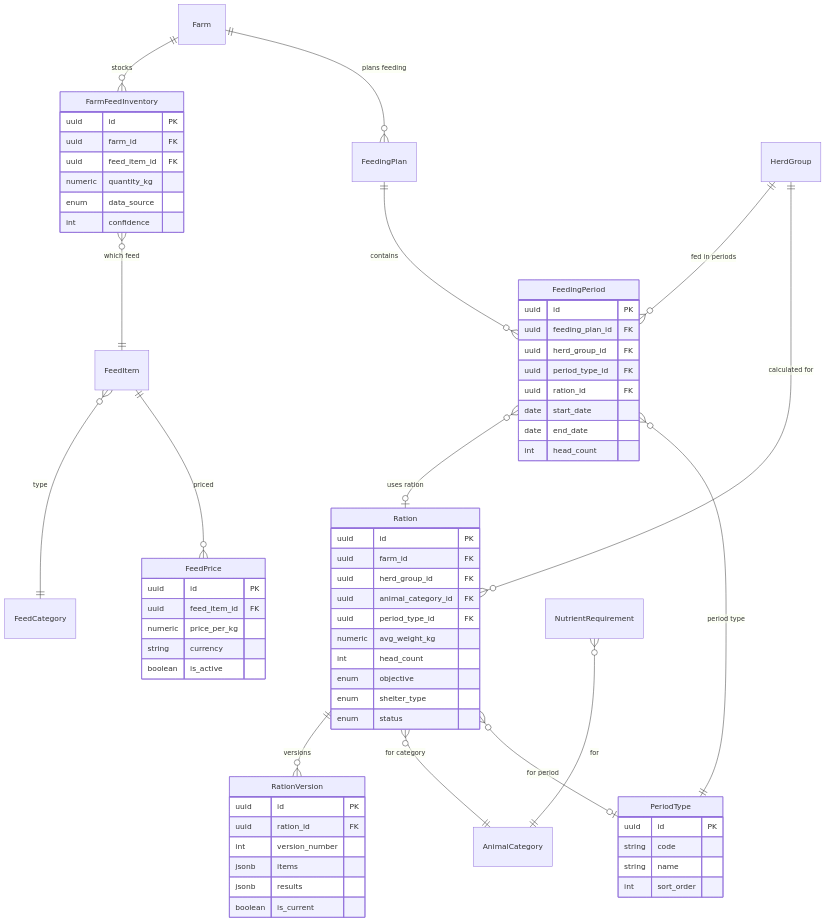
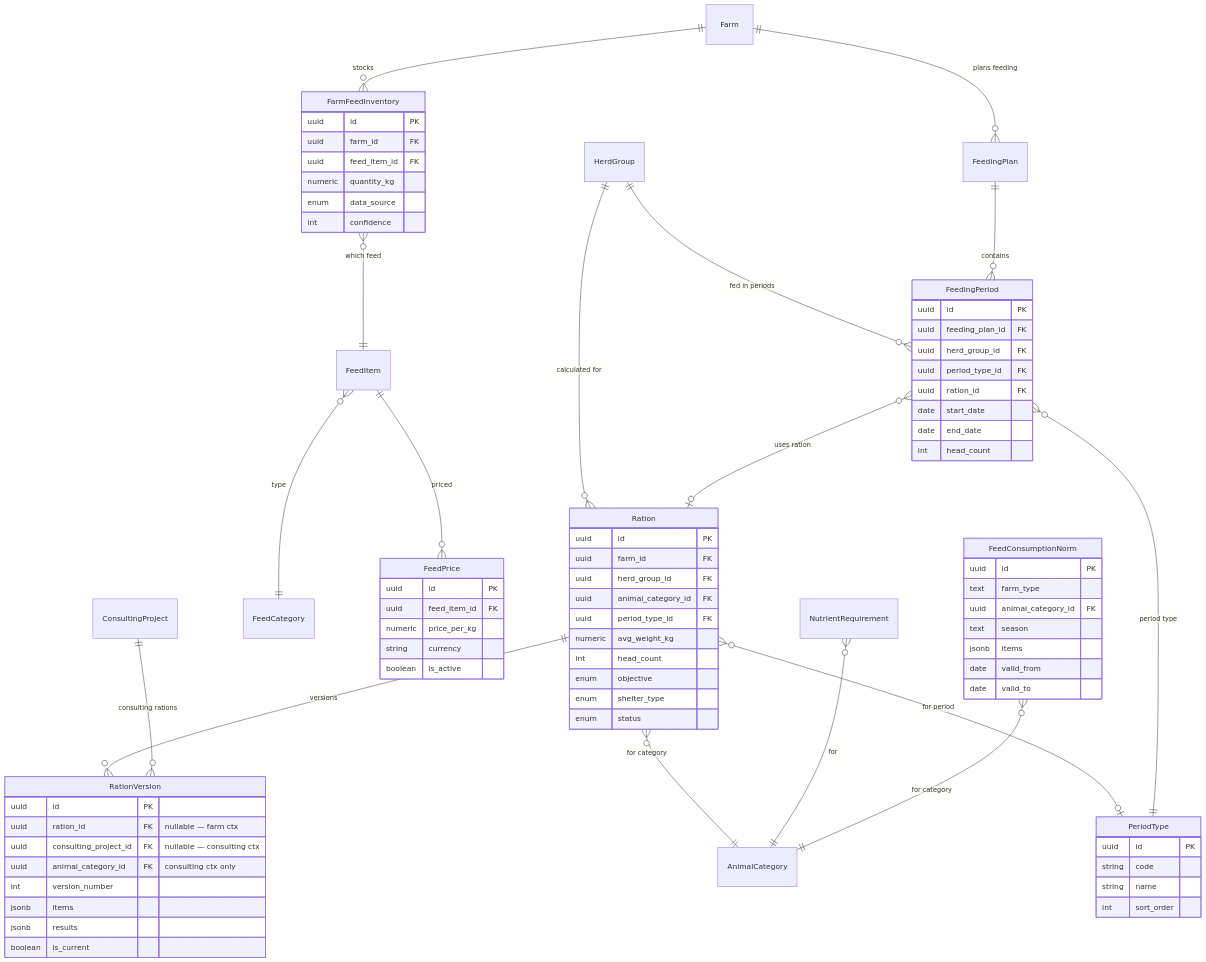
Before and after one commit to Arshidin/AgOS: the fourth of 9 diagrams in Docs/AGOS-Dok1-v1_8.md, drawn with Mermaid. The commit also changed other lines of this file and 2 other files, not shown here.

Commit message:
feat(dok7-phase1-3): seed feed_consumption_norms + complete feed_prices + COGS summary in RationTab
п.2 — Migration / seed data (d03_feed.sql):
- Complete feed_prices seed: all 18 feed items with KZT 2024 placeholders
- Add feed_consumption_norms seed: 12 rows covering beef_reproducer + feedlot,
  categories COW/HEIFER_YOUNG/BULL_BREEDING/BULL_CALF/STEER,
  seasons winter/summer/transition. Priority 2 fallback for feeding_model.py.
  Items stored as [{feed_item_id, kg_per_day}] via subquery JOIN on feed_items.code.

п.3 — Dok 1 ERD update (Dok1-v1_8.md):
- Add FeedConsumptionNorm entity + relationship to AnimalCategory in §3.4 ERD
- Add ConsultingProject → RationVersion relationship (consulting context)
- Update RationVersion fields: ration_id nullable, + consulting_project_id, animal_category_id
- Add FeedConsumptionNorm row to §4.4 Ownership Matrix

п.4 — COGS summary in RationTab (RationTab.tsx):
- Summary card: total monthly COGS across all rations, category coverage count
- Warning when incomplete: "X категорий без рациона — P&L использует нормативные значения"
- Note: "Применяется в P&L при следующем пересчёте"

```diff
--- a/Docs/AGOS-Dok1-v1_8.md
+++ b/Docs/AGOS-Dok1-v1_8.md
@@ -399,6 +399,8 @@
     FeedItem }o--|| FeedCategory : "type"
     FeedItem ||--o{ FeedPrice : "priced"
     NutrientRequirement }o--|| AnimalCategory : "for"
+    FeedConsumptionNorm }o--|| AnimalCategory : "for category"
+    ConsultingProject ||--o{ RationVersion : "consulting rations"
 
     Ration {
         uuid id PK
@@ -414,11 +416,22 @@
     }
     RationVersion {
         uuid id PK
-        uuid ration_id FK
+        uuid ration_id FK "nullable — farm ctx"
+        uuid consulting_project_id FK "nullable — consulting ctx"
+        uuid animal_category_id FK "consulting ctx only"
         int version_number
         jsonb items
         jsonb results
         boolean is_current
+    }
+    FeedConsumptionNorm {
+        uuid id PK
+        text farm_type
+        uuid animal_category_id FK
+        text season
+        jsonb items
+        date valid_from
+        date valid_to
     }
     FarmFeedInventory {
         uuid id PK
```
